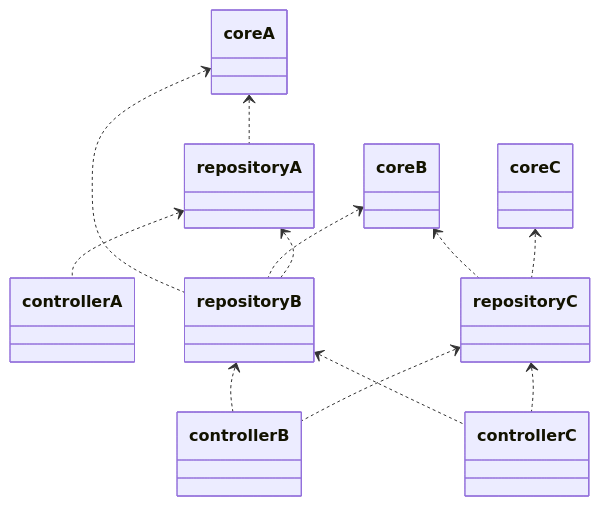
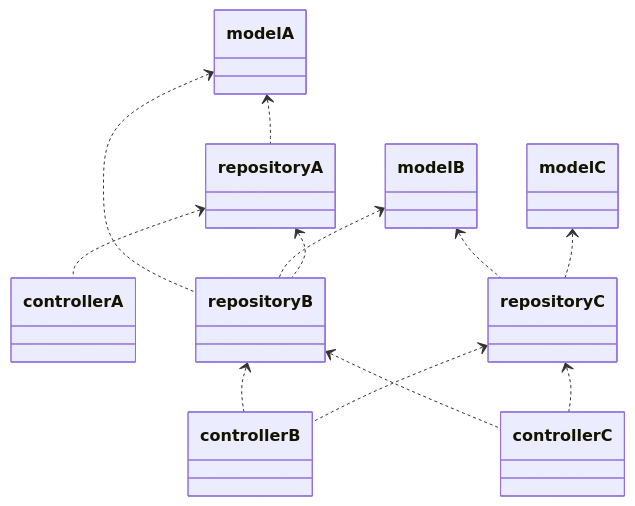
Before and after one commit to motojouya/ddd_go: the second of 2 diagrams in docs/guideline/package.md, drawn with Mermaid. The commit also changed other lines of this file and 11 other files, not shown here.

````diff
--- a/docs/guideline/package.md
+++ b/docs/guideline/package.md
@@ -106,25 +106,25 @@
 ```mermaid
 classDiagram
-  class coreA
+  class modelA
   class repositoryA
   class controllerA
-  coreA <.. repositoryA
+  modelA <.. repositoryA
   repositoryA <.. controllerA
 
-  class coreB
+  class modelB
   class repositoryB
   class controllerB
-  coreA <.. repositoryB
-  coreB <.. repositoryB
+  modelA <.. repositoryB
+  modelB <.. repositoryB
   repositoryA <.. repositoryB
   repositoryB <.. controllerB
   repositoryC <.. controllerB
 
-  class coreC
+  class modelC
   class repositoryC
   class controllerC
-  coreB <.. repositoryC
-  coreC <.. repositoryC
+  modelB <.. repositoryC
+  modelC <.. repositoryC
   repositoryB <.. controllerC
   repositoryC <.. controllerC
 ```
````
